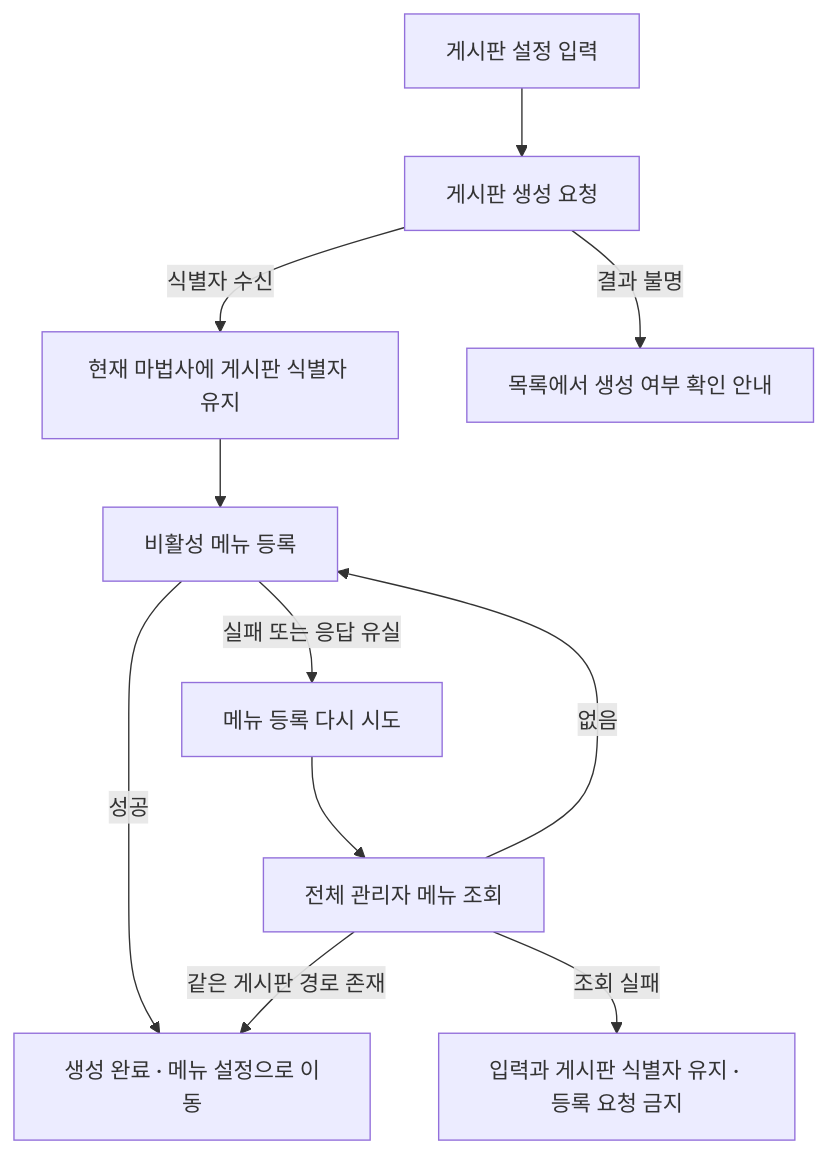
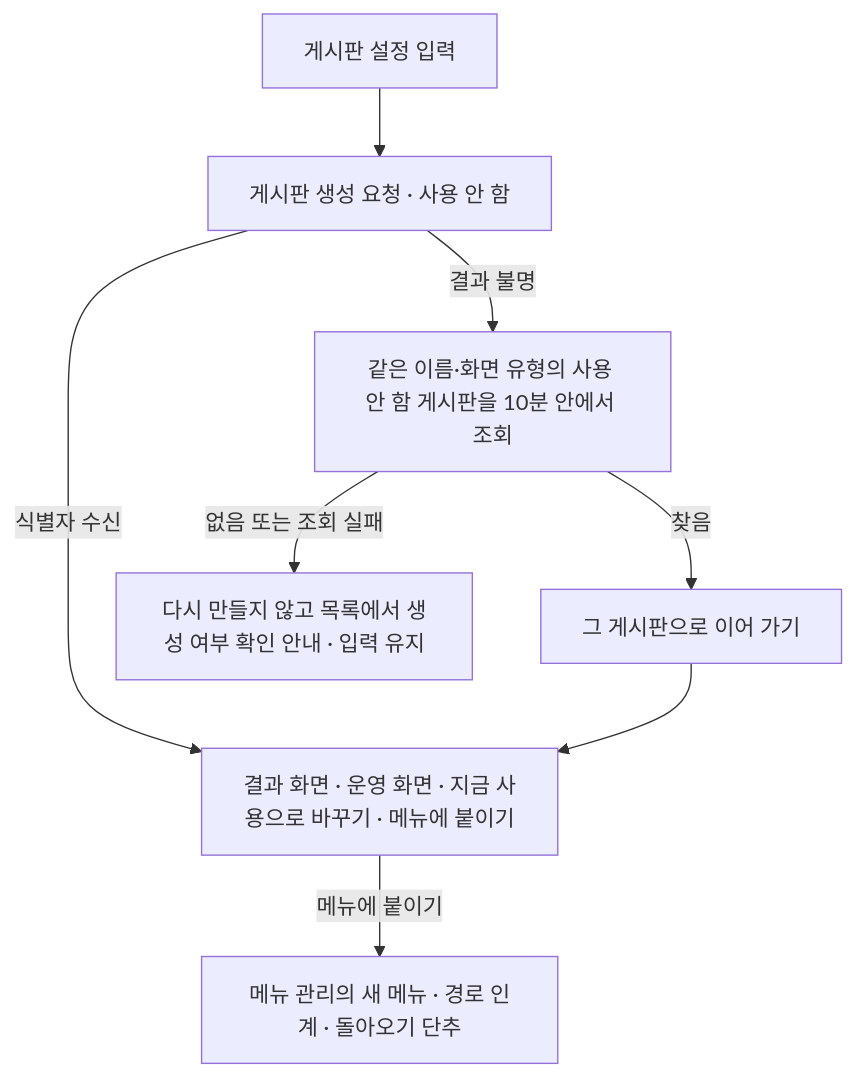
Before and after one commit to lkindo/egov-enterprise: the third of 3 diagrams in docs/03-guides/ui-ux-task-flow-optimization.md, drawn with Mermaid. The commit also changed other lines of this file and 183 other files, not shown here.

````diff
--- a/docs/03-guides/ui-ux-task-flow-optimization.md
+++ b/docs/03-guides/ui-ux-task-flow-optimization.md
@@ -94,13 +96,10 @@
 ```mermaid
 flowchart TD
-  Draft[게시판 설정 입력] --> Create[게시판 생성 요청]
-  Create -->|식별자 수신| Remember[현재 마법사에 게시판 식별자 유지]
-  Create -->|결과 불명| Check[목록에서 생성 여부 확인 안내]
-  Remember --> Menu[비활성 메뉴 등록]
-  Menu -->|성공| Done[생성 완료 · 메뉴 설정으로 이동]
-  Menu -->|실패 또는 응답 유실| Retry[메뉴 등록 다시 시도]
-  Retry --> Read[전체 관리자 메뉴 조회]
-  Read -->|같은 게시판 경로 존재| Done
-  Read -->|없음| Menu
-  Read -->|조회 실패| Retain[입력과 게시판 식별자 유지 · 등록 요청 금지]
+  Draft[게시판 설정 입력] --> Create[게시판 생성 요청 · 사용 안 함]
+  Create -->|식별자 수신| Done[결과 화면 · 운영 화면 · 지금 사용으로 바꾸기 · 메뉴에 붙이기]
+  Create -->|결과 불명| Search[같은 이름·화면 유형의 사용 안 함 게시판을 10분 안에서 조회]
+  Search -->|찾음| Found[그 게시판으로 이어 가기]
+  Found --> Done
+  Search -->|없음 또는 조회 실패| Check[다시 만들지 않고 목록에서 생성 여부 확인 안내 · 입력 유지]
+  Done -->|메뉴에 붙이기| Menu[메뉴 관리의 새 메뉴 · 경로 인계 · 돌아오기 단추]
 ```
````
